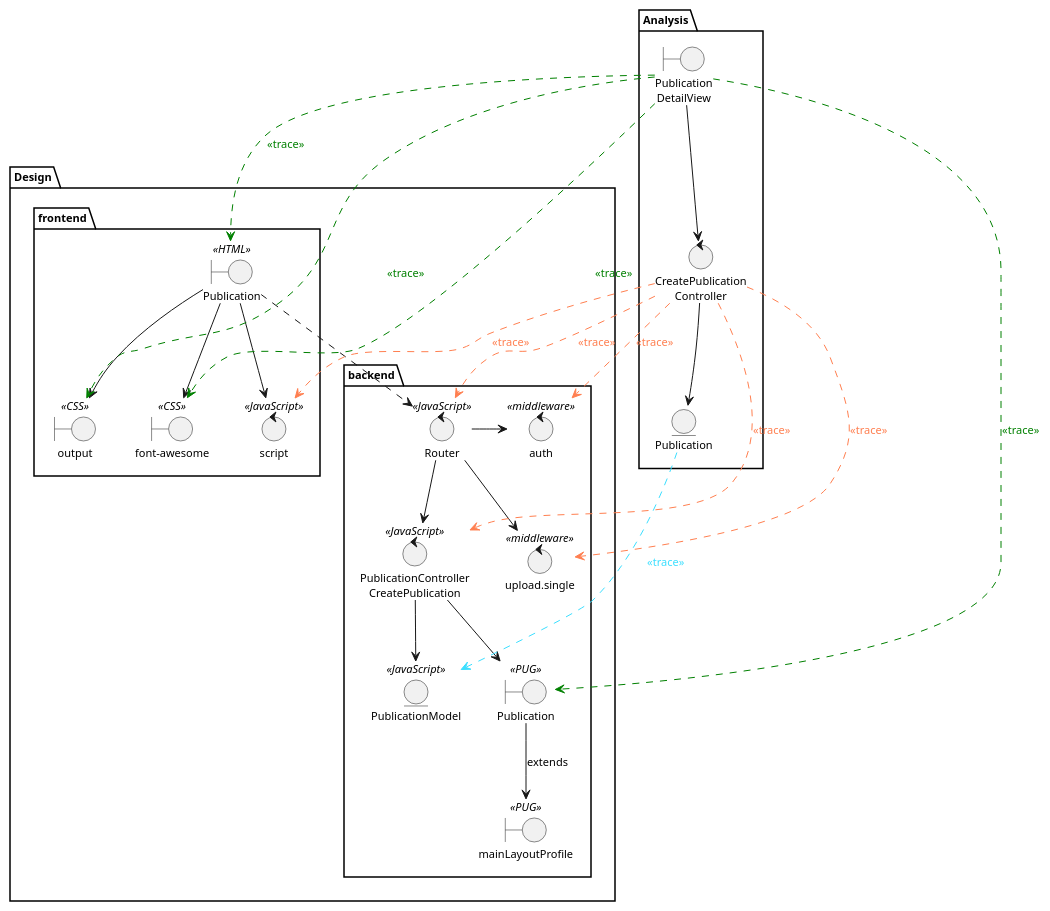
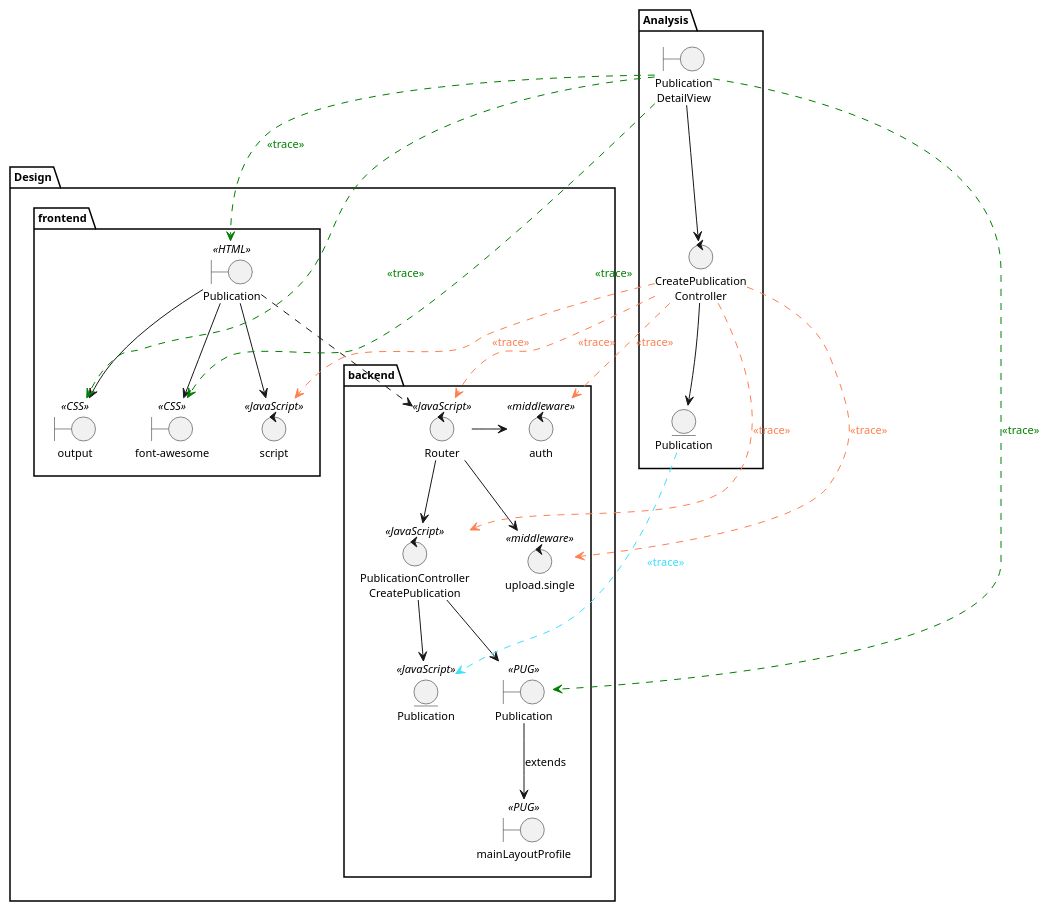
The diagram in logicalView/designView/express/usecaseDesign/designClassDiagramUC7TraceAnalisysClass.plantuml (mpaulaherrero/tesis-frameworks-backend-diagrams), drawn with PlantUML before and after one commit. The commit also changed 4 other files, not shown here.

Commit message:
cambio de nombre de modelo y postgresql en diagrama de secuencia

```diff
--- a/logicalView/designView/express/usecaseDesign/designClassDiagramUC7TraceAnalisysClass.plantuml
+++ b/logicalView/designView/express/usecaseDesign/designClassDiagramUC7TraceAnalisysClass.plantuml
@@ -1,58 +1,58 @@
 @startuml
 skinparam style strictuml
 skinparam defaultTextAlignment center
 skinparam defaultFontSize 11
 
 package Analysis{
     boundary "Publication\nDetailView" as PublicationDetailViewAnalysis
     entity "Publication" as PublicationAnalysis
     control "CreatePublication\nController" as CreatePublicationControllerAnalysis
 
     PublicationDetailViewAnalysis --> CreatePublicationControllerAnalysis
     CreatePublicationControllerAnalysis --> PublicationAnalysis
 }
 
 package Design{
     package backend {
         boundary "Publication" as PublicationDetailView << PUG >>
         boundary "mainLayoutProfile" as mainLayoutProfileView << PUG >>
         control "PublicationController\nCreatePublication" as CreatePublicationController << JavaScript >>
         control Router << JavaScript >>
         control auth << middleware >>
         control "upload.single" as uploadSingle << middleware >>
-        entity PublicationModel << JavaScript >>
+        entity Publication << JavaScript >>
     }
     package frontend {
         boundary "Publication" as PublicationHtml << HTML >>
         boundary "output" as outputCss << CSS >>
         boundary "font-awesome" as fontCss << CSS >>
         control script << JavaScript >>
     }
 
     PublicationHtml ..> Router
     PublicationHtml -d-> outputCss
     PublicationHtml -d-> fontCss
     PublicationHtml -d-> script
     Router -> auth
     Router -d-> uploadSingle
     Router -d-> CreatePublicationController
     CreatePublicationController -d-> PublicationDetailView
     PublicationDetailView -d-> mainLayoutProfileView: extends
-    CreatePublicationController -d-> PublicationModel
+    CreatePublicationController -d-> Publication
 }
 
 'trace
 PublicationDetailViewAnalysis .[#green].> PublicationHtml : <font color=green><<trace>></font>
 PublicationDetailViewAnalysis .[#green].> outputCss : <font color=green><<trace>></font>
 PublicationDetailViewAnalysis .[#green].> fontCss : <font color=green><<trace>></font>
 PublicationDetailViewAnalysis .[#green].> PublicationDetailView : <font color=green><<trace>></font>
 
 CreatePublicationControllerAnalysis .[#coral].> Router : <font color=coral><<trace>></font>
 CreatePublicationControllerAnalysis .[#coral].> CreatePublicationController : <font color=coral><<trace>></font>
 CreatePublicationControllerAnalysis .[#coral].> auth : <font color=coral><<trace>></font>
 CreatePublicationControllerAnalysis .[#coral].> uploadSingle : <font color=coral><<trace>></font>
 CreatePublicationControllerAnalysis .[#coral].> script : <font color=coral><<trace>></font>
 
-PublicationAnalysis .[#3cdfff].> PublicationModel : <font color=3cdfff><<trace>></font>
+PublicationAnalysis .[#3cdfff].> Publication : <font color=3cdfff><<trace>></font>
 
 @enduml
```
